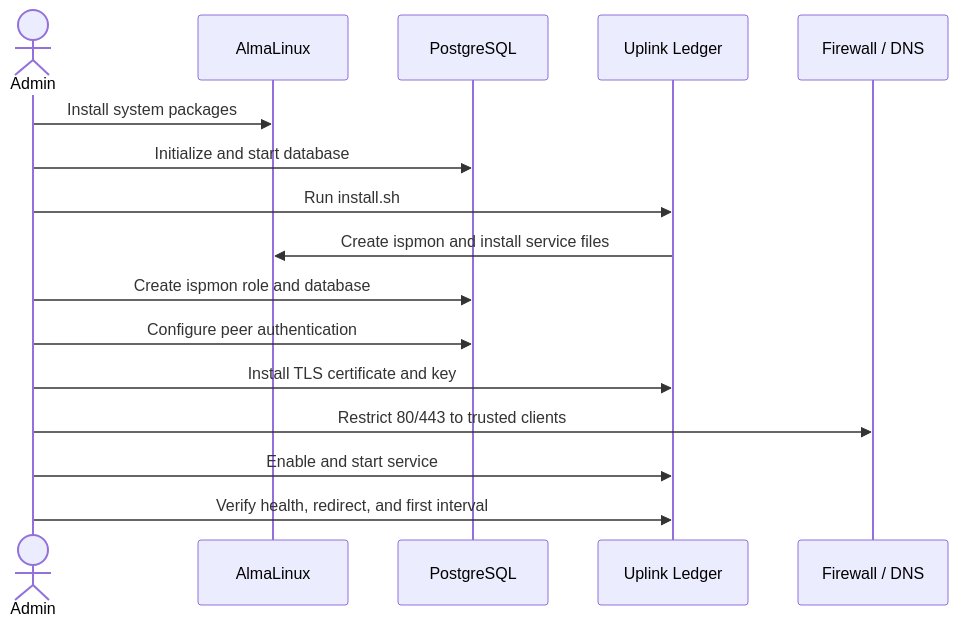
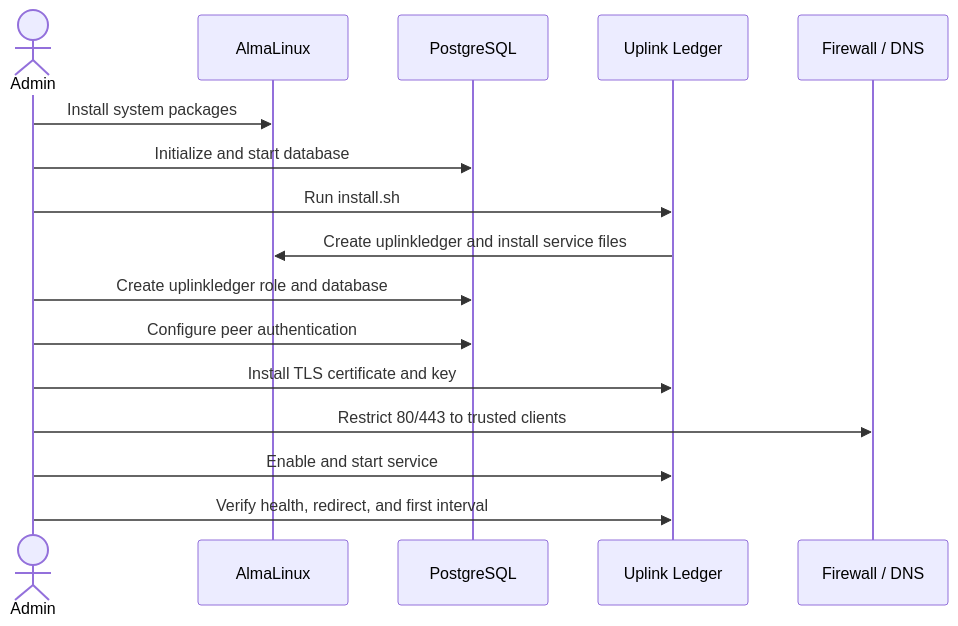
One commit to jodytripp/uplink-ledger changed the second of 2 diagrams in docs/installation.md. Above: the diagram before and after it, drawn with Mermaid. The commit also changed other lines of this file and 18 other files, not shown here.

````diff
--- a/docs/installation.md
+++ b/docs/installation.md
@@ -39,19 +39,19 @@
 ```mermaid
 sequenceDiagram
     actor Admin
     participant OS as AlmaLinux
     participant PG as PostgreSQL
     participant UL as Uplink Ledger
     participant FW as Firewall / DNS
 
     Admin->>OS: Install system packages
     Admin->>PG: Initialize and start database
     Admin->>UL: Run install.sh
-    UL->>OS: Create ispmon and install service files
-    Admin->>PG: Create ispmon role and database
+    UL->>OS: Create uplinkledger and install service files
+    Admin->>PG: Create uplinkledger role and database
     Admin->>PG: Configure peer authentication
     Admin->>UL: Install TLS certificate and key
     Admin->>FW: Restrict 80/443 to trusted clients
     Admin->>UL: Enable and start service
     Admin->>UL: Verify health, redirect, and first interval
 ```
````
